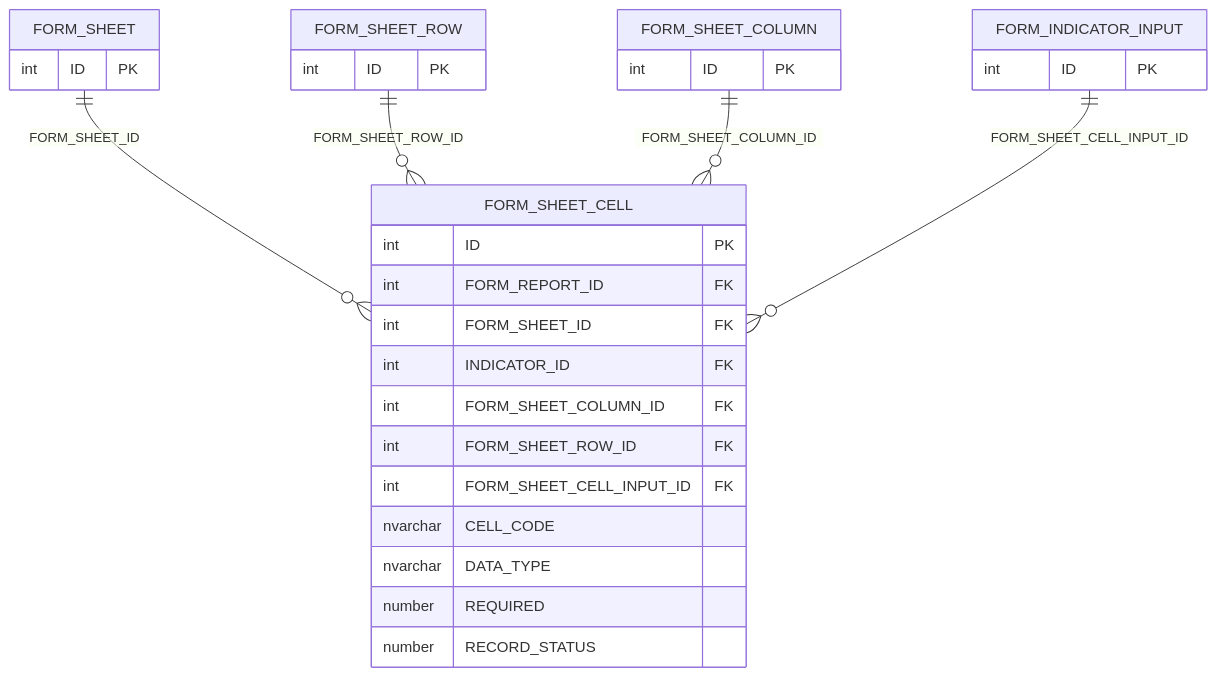
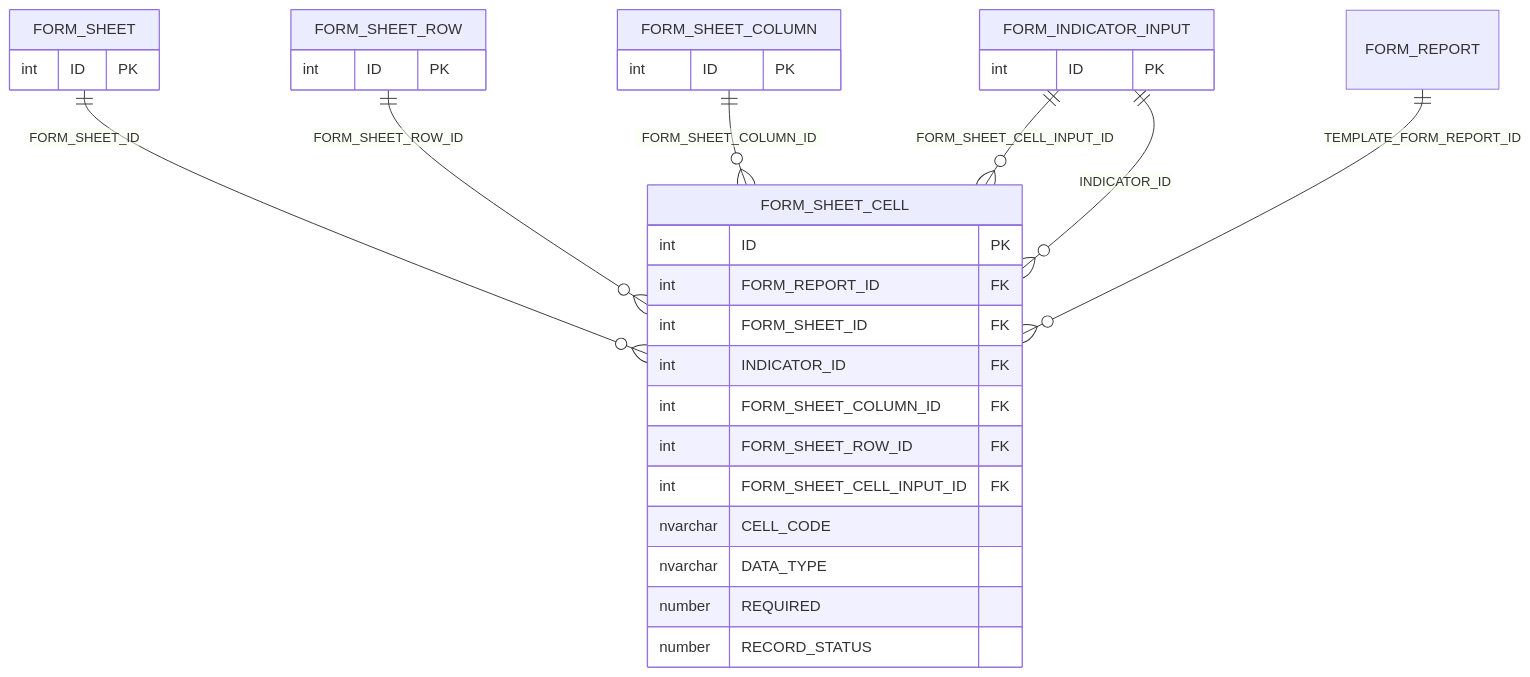
The first of 2 diagrams in DataModel/working/Atomic/hld/SCMS_HLD_Tier4.md (linhlvit/ubck_atomic_design), drawn with Mermaid before and after one commit. The commit also changed other lines of this file and 31 other files, not shown here.

````diff
--- a/DataModel/working/Atomic/hld/SCMS_HLD_Tier4.md
+++ b/DataModel/working/Atomic/hld/SCMS_HLD_Tier4.md
@@ -20,33 +20,35 @@
 ```mermaid
 erDiagram
     FORM_SHEET {
         int ID PK
     }
     FORM_SHEET_ROW {
         int ID PK
     }
     FORM_SHEET_COLUMN {
         int ID PK
     }
     FORM_INDICATOR_INPUT {
         int ID PK
     }
     FORM_SHEET_CELL {
         int ID PK
         int FORM_REPORT_ID FK
         int FORM_SHEET_ID FK
         int INDICATOR_ID FK
         int FORM_SHEET_COLUMN_ID FK
         int FORM_SHEET_ROW_ID FK
         int FORM_SHEET_CELL_INPUT_ID FK
         nvarchar CELL_CODE
         nvarchar DATA_TYPE
         number REQUIRED
         number RECORD_STATUS
     }
 
     FORM_SHEET ||--o{ FORM_SHEET_CELL : "FORM_SHEET_ID"
     FORM_SHEET_ROW ||--o{ FORM_SHEET_CELL : "FORM_SHEET_ROW_ID"
     FORM_SHEET_COLUMN ||--o{ FORM_SHEET_CELL : "FORM_SHEET_COLUMN_ID"
     FORM_INDICATOR_INPUT ||--o{ FORM_SHEET_CELL : "FORM_SHEET_CELL_INPUT_ID"
+    FORM_INDICATOR_INPUT ||--o{ FORM_SHEET_CELL : "INDICATOR_ID"
+    FORM_REPORT ||--o{ FORM_SHEET_CELL : "TEMPLATE_FORM_REPORT_ID"
 ```
````
